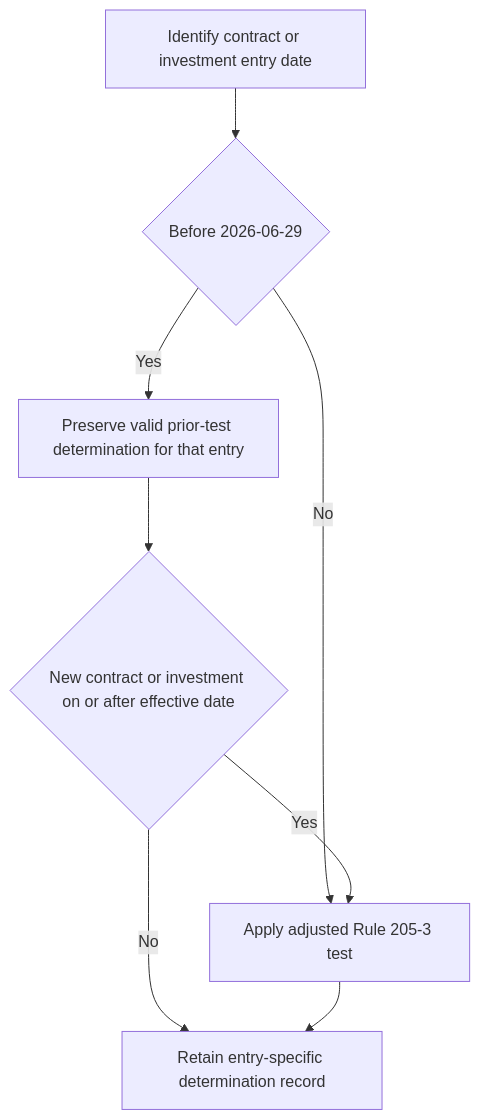
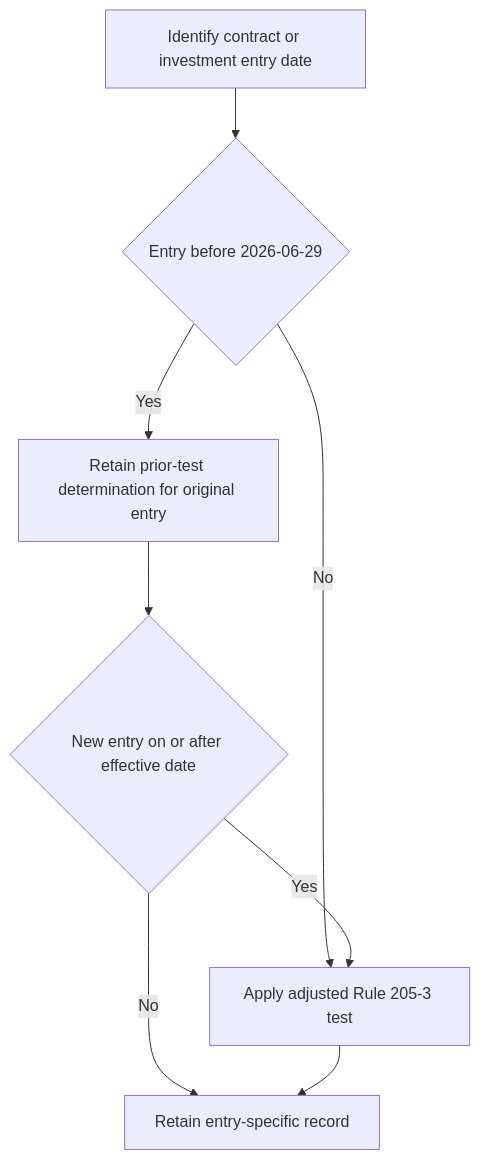
One commit to xuro-langchain/wealth-research-corpus changed the diagram in openwiki/regulatory/private-markets-qualified-client.md. Above: the diagram before and after it, drawn with Mermaid. The commit also changed other lines of this file and 43 other files, not shown here.

````diff
--- a/openwiki/regulatory/private-markets-qualified-client.md
+++ b/openwiki/regulatory/private-markets-qualified-client.md
@@ -46,10 +48,10 @@
 ```mermaid
 flowchart TD
-    Entry["Identify contract or investment entry date"] --> Legacy{"Before 2026-06-29"}
-    Legacy -- "Yes" --> Preserve["Preserve valid prior-test determination for that entry"]
-    Legacy -- "No" --> Current["Apply adjusted Rule 205-3 test"]
-    Preserve --> NewEntry{"New contract or investment on or after effective date"}
+    Identify["Identify contract or investment entry date"] --> Before{"Entry before 2026-06-29"}
+    Before -- "Yes" --> Legacy["Retain prior-test determination for original entry"]
+    Before -- "No" --> Current["Apply adjusted Rule 205-3 test"]
+    Legacy --> NewEntry{"New entry on or after effective date"}
     NewEntry -- "Yes" --> Current
-    NewEntry -- "No" --> Records["Retain entry-specific determination record"]
-    Current --> Records
+    NewEntry -- "No" --> Record["Retain entry-specific record"]
+    Current --> Record
 ```
````
